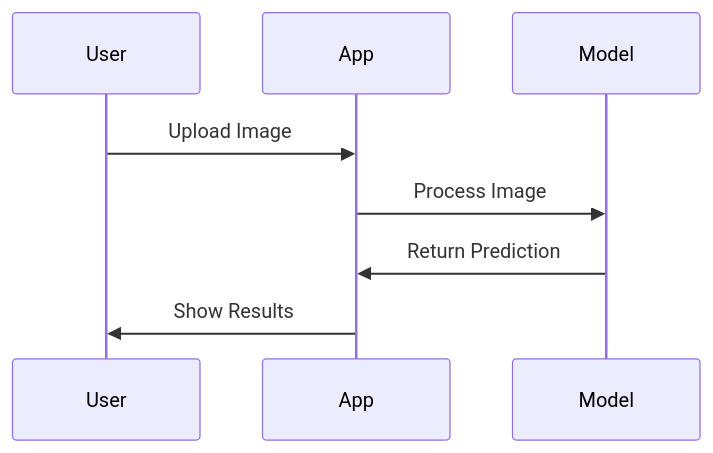
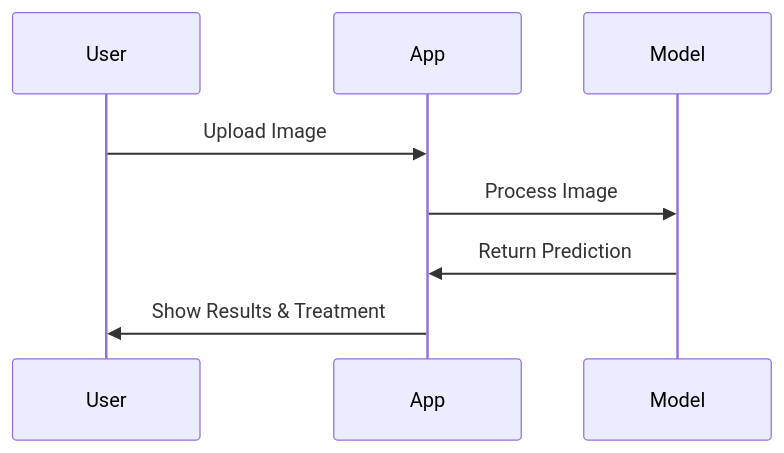
The fifth of 13 diagrams in README.md (RajaMahanty/crop-care-ai), drawn with Mermaid before and after one commit. The commit also changed other lines of this file, not shown here.

````diff
--- a/README.md
+++ b/README.md
@@ -103,11 +140,11 @@
 ```mermaid
 sequenceDiagram
     participant U as User
     participant A as App
     participant M as Model
 
     U->>A: Upload Image
     A->>M: Process Image
     M->>A: Return Prediction
-    A->>U: Show Results
+    A->>U: Show Results & Treatment
 ```
````
